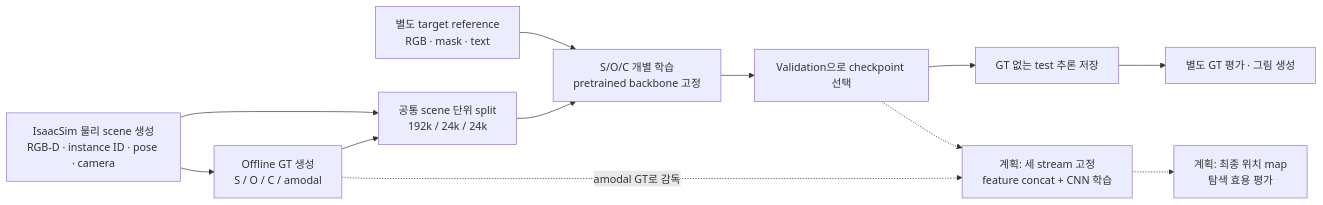
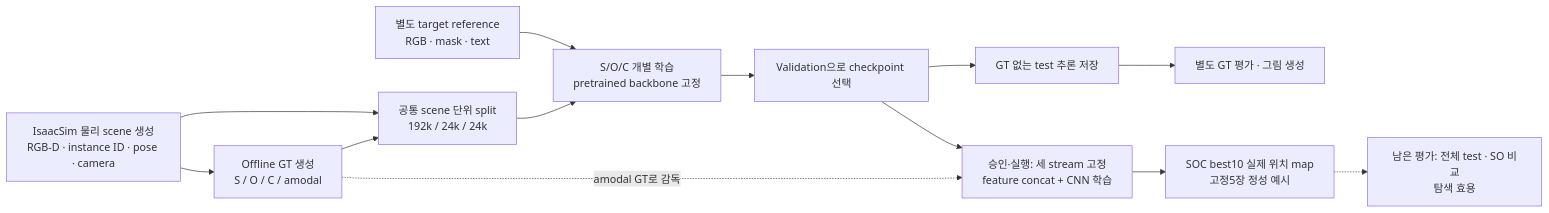
The diagram in framework_guide.md (JeonHaneul/2D-PDM_DINOv3), drawn with Mermaid before and after one commit. The commit also changed other lines of this file and 29 other files, not shown here.

````diff
--- a/framework_guide.md
+++ b/framework_guide.md
@@ -29,14 +29,15 @@
 ```mermaid
 flowchart LR
     A["IsaacSim 물리 scene 생성<br/>RGB-D · instance ID · pose · camera"] --> G["Offline GT 생성<br/>S / O / C / amodal"]
     A --> I["공통 scene 단위 split<br/>192k / 24k / 24k"]
     G --> I
     R["별도 target reference<br/>RGB · mask · text"] --> T["S/O/C 개별 학습<br/>pretrained backbone 고정"]
     I --> T
     T --> V["Validation으로 checkpoint 선택"]
     V --> P["GT 없는 test 추론 저장"]
     P --> E["별도 GT 평가 · 그림 생성"]
-    V -.-> F["계획: 세 stream 고정<br/>feature concat + CNN 학습"]
+    V --> F["승인·실행: 세 stream 고정<br/>feature concat + CNN 학습"]
     G -.->|"amodal GT로 감독"| F
-    F -.-> Q["계획: 최종 위치 map<br/>탐색 효용 평가"]
+    F --> Q["SOC best10 실제 위치 map<br/>고정5장 정성 예시"]
+    Q -.-> Z["남은 평가: 전체 test · SO 비교<br/>탐색 효용"]
 ```
````
